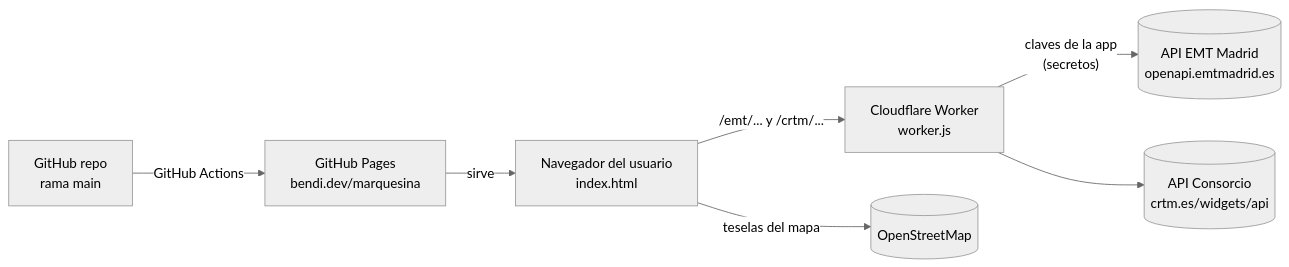
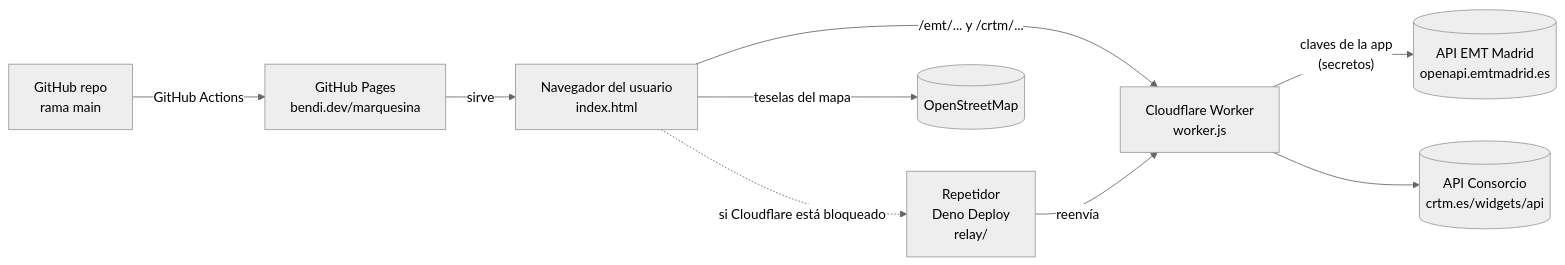
One commit to serbenda/marquesina changed the first of 2 diagrams in docs/ARQUITECTURA.md. Above: the diagram before and after it, drawn with Mermaid (neutral theme). The commit also changed other lines of this file and 13 other files, not shown here.

````diff
--- a/docs/ARQUITECTURA.md
+++ b/docs/ARQUITECTURA.md
@@ -17,9 +18,11 @@
 ```mermaid
 flowchart LR
   U[Navegador del usuario<br/>index.html] -- "/emt/... y /crtm/..." --> W[Cloudflare Worker<br/>worker.js]
+  U -. "si Cloudflare está bloqueado" .-> R[Repetidor<br/>Deno Deploy<br/>relay/]
+  R -- "reenvía" --> W
   W -- "claves de la app<br/>(secretos)" --> EMT[(API EMT Madrid<br/>openapi.emtmadrid.es)]
   W --> CRTM[(API Consorcio<br/>crtm.es/widgets/api)]
   U -- "teselas del mapa" --> OSM[(OpenStreetMap)]
   GH[GitHub repo<br/>rama main] -- "GitHub Actions" --> P[GitHub Pages<br/>bendi.dev/marquesina]
   P -- sirve --> U
 ```
````
